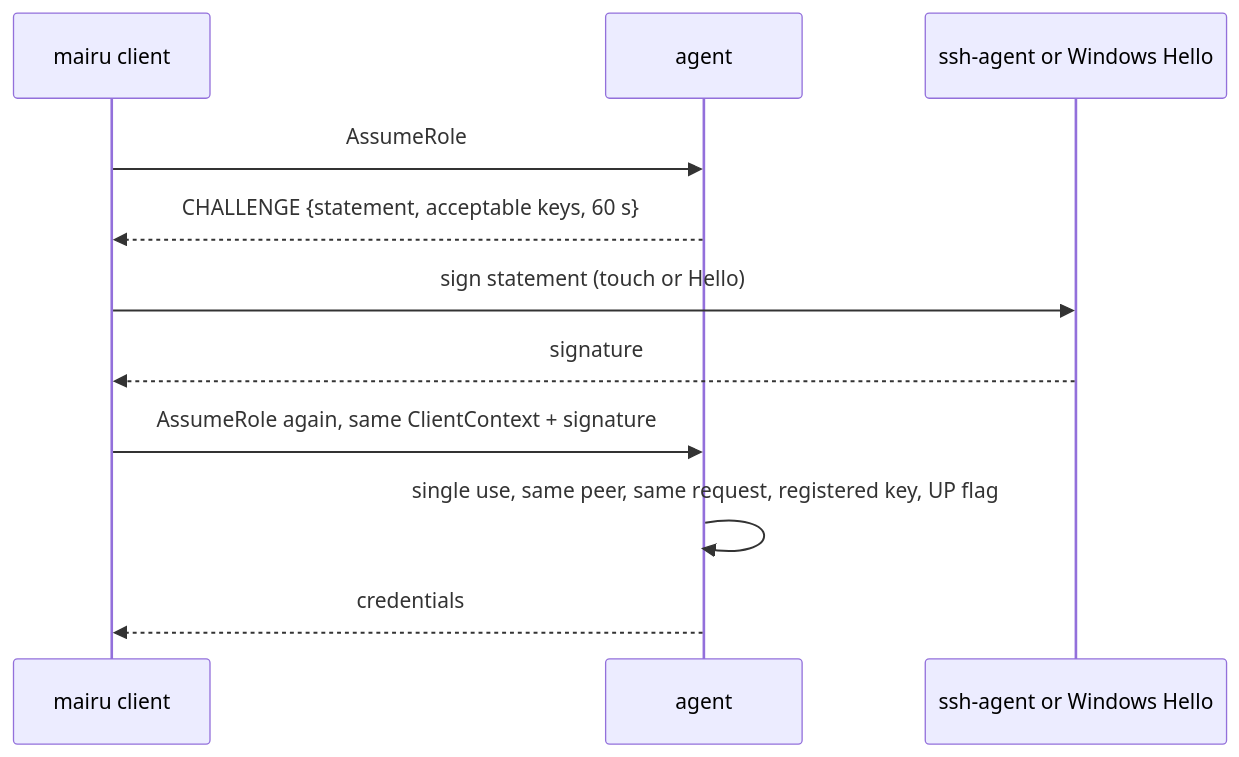
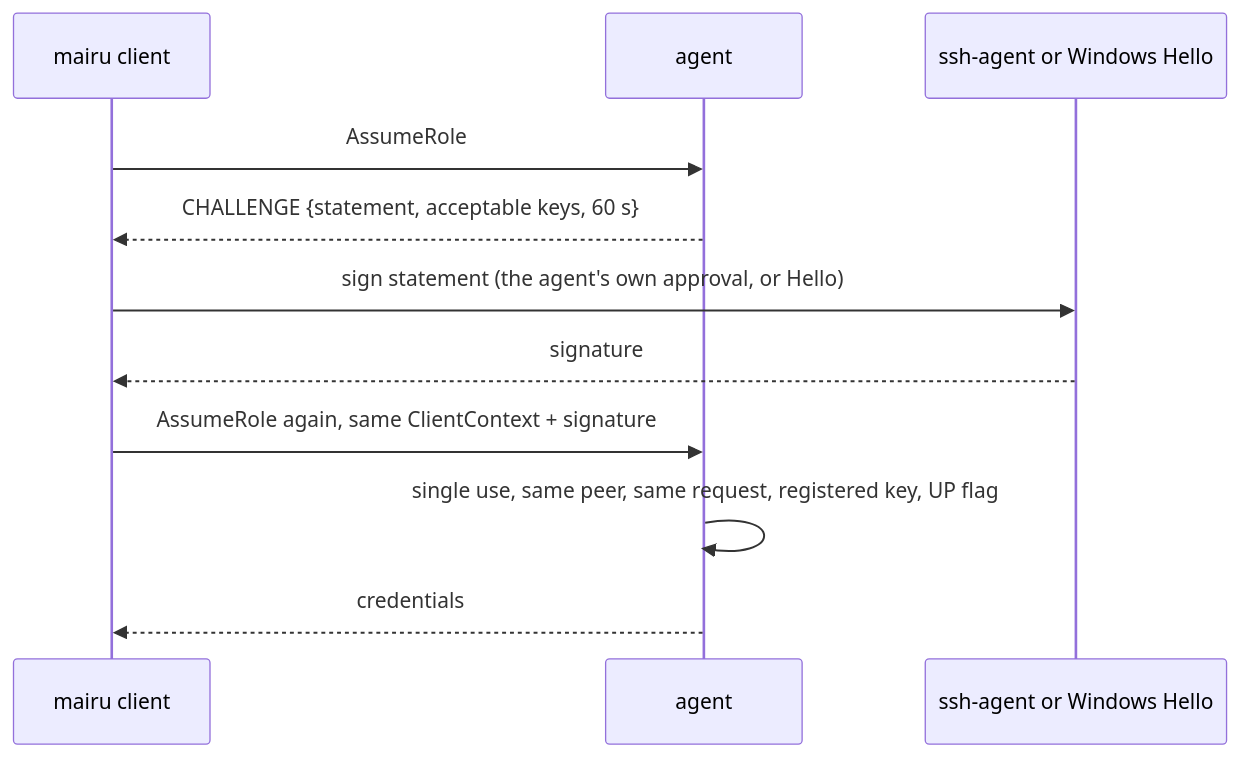
Before and after one commit to sorah/mairu: the second of 4 diagrams in docs/specs/policy.md, drawn with Mermaid. The commit also changed other lines of this file and 2 other files, not shown here.

First line of the commit message:
docs/specs: accept any ssh-agent key, the lock is the agent's

````diff
--- a/docs/specs/policy.md
+++ b/docs/specs/policy.md
@@ -166,13 +166,13 @@
 ```mermaid
 sequenceDiagram
   participant C as mairu client
   participant A as agent
   participant K as ssh-agent or Windows Hello
   C->>A: AssumeRole
   A-->>C: CHALLENGE {statement, acceptable keys, 60 s}
-  C->>K: sign statement (touch or Hello)
+  C->>K: sign statement (the agent's own approval, or Hello)
   K-->>C: signature
   C->>A: AssumeRole again, same ClientContext + signature
   A->>A: single use, same peer, same request, registered key, UP flag
   A-->>C: credentials
 ```
````
